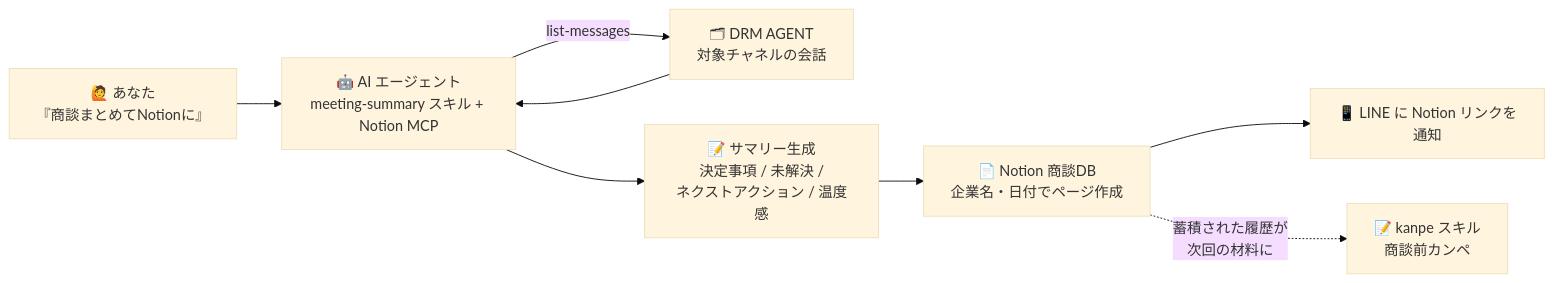
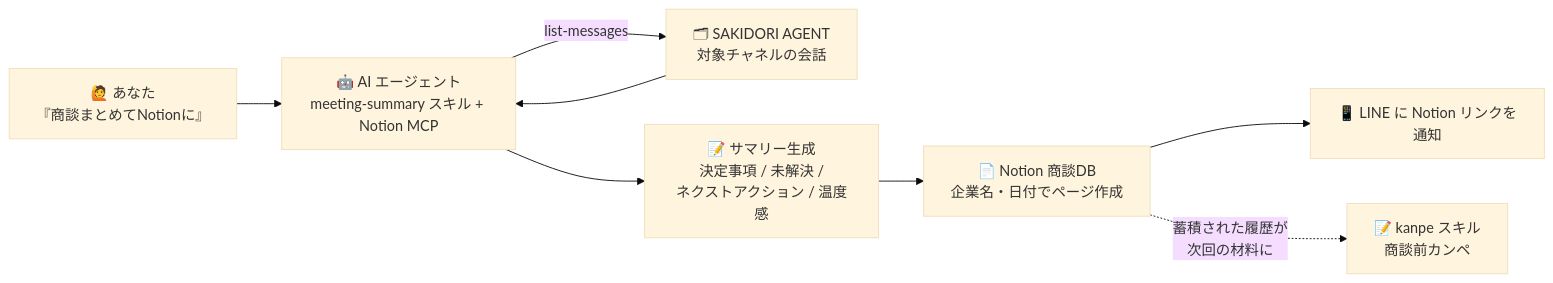
The second of 5 diagrams in examples/notion-usecases.md (line-ec-lea/drm-agent-skills), drawn with Mermaid (base theme) before and after one commit. The commit also changed other lines of this file and 11 other files, not shown here.

First line of the commit message:
docs: サービス名を SAKIDORI AGENT に変更する

````diff
--- a/examples/notion-usecases.md
+++ b/examples/notion-usecases.md
@@ -79,10 +79,10 @@
 ```mermaid
 flowchart LR
     U["🙋 あなた<br/>『商談まとめてNotionに』"] --> B["🤖 AI エージェント<br/>meeting-summary スキル + Notion MCP"]
-    B -- "list-messages" --> D["🗂 DRM AGENT<br/>対象チャネルの会話"]
+    B -- "list-messages" --> D["🗂 SAKIDORI AGENT<br/>対象チャネルの会話"]
     D --> B
     B --> E["📝 サマリー生成<br/>決定事項 / 未解決 /<br/>ネクストアクション / 温度感"]
     E --> F["📄 Notion 商談DB<br/>企業名・日付でページ作成"]
     F --> G["📱 LINE に Notion リンクを通知"]
     F -. "蓄積された履歴が<br/>次回の材料に" .-> H["📝 kanpe スキル<br/>商談前カンペ"]
 ```
````
